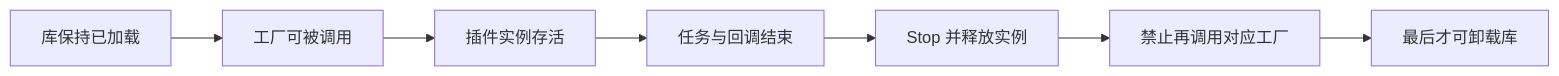
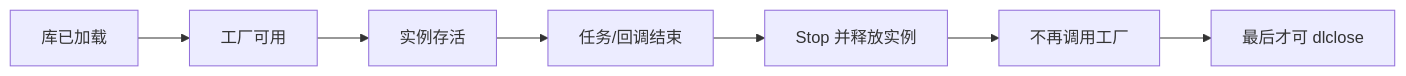
Before and after one commit to Franch-Toast/Scriptorium: the fifth of 5 diagrams in docs/document/撰修司/illuminator性能监控平台/设计方案/03-plugin-system.md, drawn with Mermaid. The commit also changed other lines of this file and 20 other files, not shown here.

````diff
--- a/docs/document/撰修司/illuminator性能监控平台/设计方案/03-plugin-system.md
+++ b/docs/document/撰修司/illuminator性能监控平台/设计方案/03-plugin-system.md
@@ -165,10 +233,10 @@
 ```mermaid
 %%{init: {"flowchart":{"useMaxWidth":false,"htmlLabels":false}}}%%
 flowchart LR
-    L[库保持已加载] --> F[工厂可被调用]
-    F --> I[插件实例存活]
-    I --> T[任务与回调结束]
-    T --> S[Stop 并释放实例]
-    S --> Q[禁止再调用对应工厂]
-    Q --> U[最后才可卸载库]
+    L["库已加载"] --> F["工厂可用"]
+    F --> I["实例存活"]
+    I --> T["任务/回调结束"]
+    T --> S["Stop 并释放实例"]
+    S --> Q["不再调用工厂"]
+    Q --> U["最后才可 dlclose"]
 ```
````
